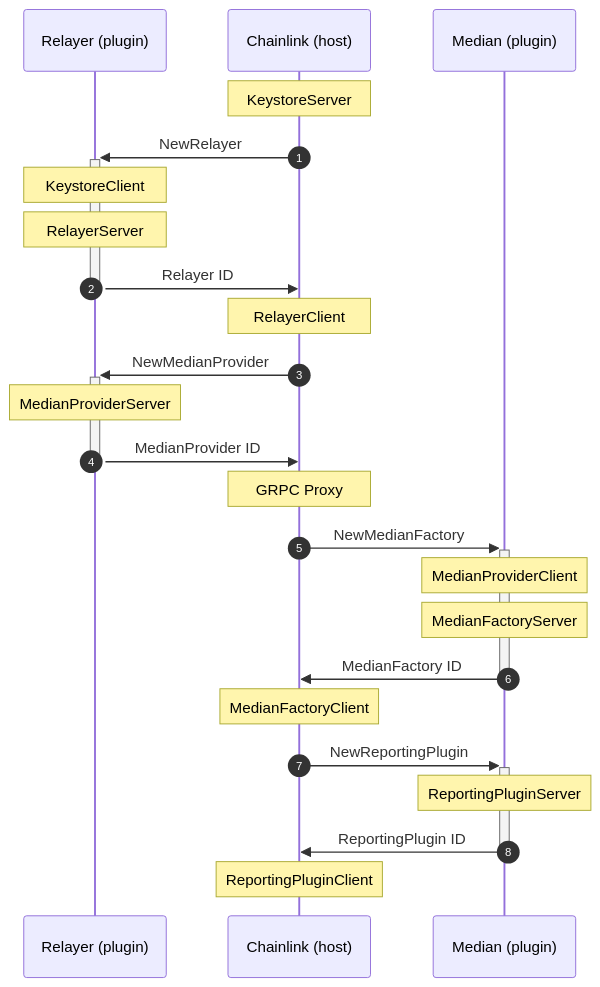
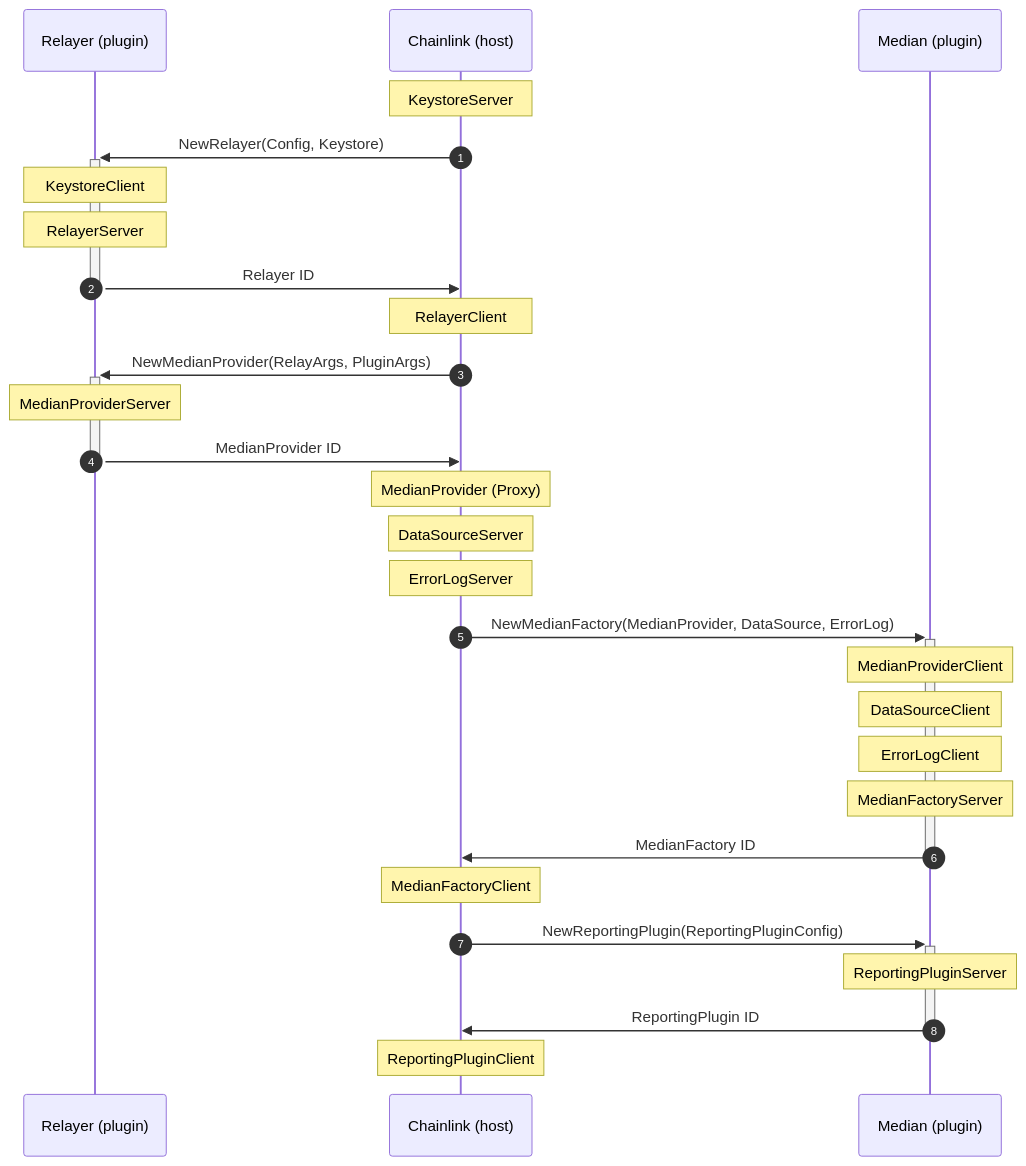
Before and after one commit to smartcontractkit/chainlink: the second of 3 diagrams in pkg/loop/README.md, drawn with Mermaid. The commit also changed other lines of this file, not shown here.

````diff
--- a/pkg/loop/README.md
+++ b/pkg/loop/README.md
@@ -55,30 +55,35 @@
 ```mermaid
 sequenceDiagram
     autonumber
     participant relayer as Relayer (plugin)
     participant core as Chainlink (host)
     participant median as Median (plugin)
 
     Note over core: KeystoreServer
-    core->>+relayer: NewRelayer
+    core->>+relayer: NewRelayer(Config, Keystore)
     Note over relayer: KeystoreClient
     Note over relayer: RelayerServer
     relayer->>-core: Relayer ID 
     Note over core: RelayerClient
 
-    core->>+relayer: NewMedianProvider
+    core->>+relayer: NewMedianProvider(RelayArgs, PluginArgs)
     Note over relayer: MedianProviderServer
     relayer->>-core: MedianProvider ID
-    Note over core: GRPC Proxy
-    core->>+median: NewMedianFactory
+    Note over core: MedianProvider (Proxy)
+
+    Note over core:  DataSourceServer
+    Note over core:  ErrorLogServer
+
+    core->>+median: NewMedianFactory(MedianProvider, DataSource, ErrorLog)
     Note over median: MedianProviderClient
+    Note over median: DataSourceClient
+    Note over median: ErrorLogClient
     Note over median: MedianFactoryServer
     median->>-core: MedianFactory ID
     Note over core: MedianFactoryClient
 
-
-    core->>+median: NewReportingPlugin
+    core->>+median: NewReportingPlugin(ReportingPluginConfig)
     Note over median: ReportingPluginServer
     median->>-core: ReportingPlugin ID
     Note over core: ReportingPluginClient
 ```
````
